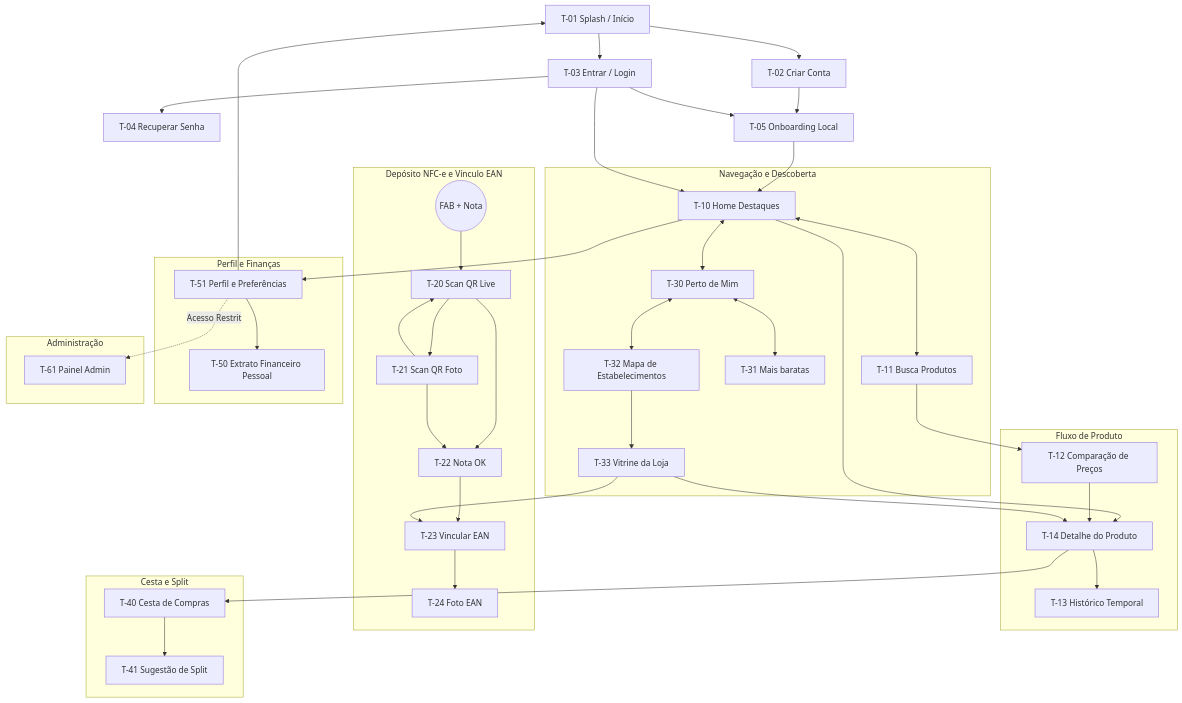
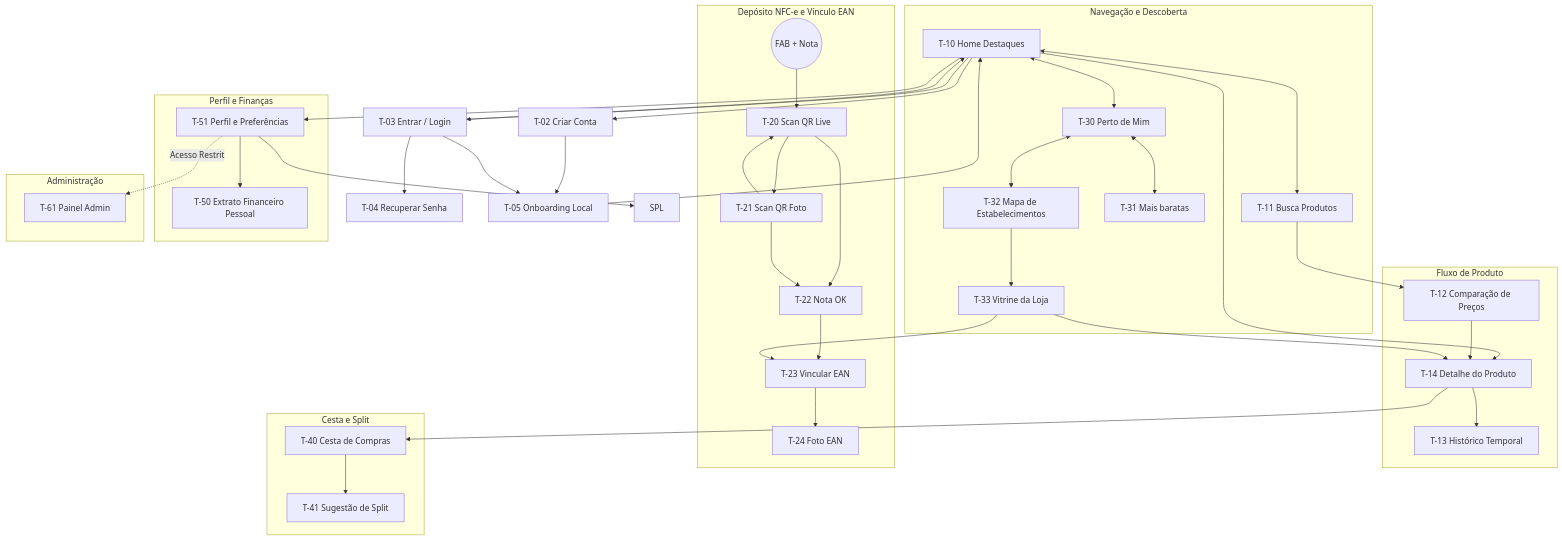
One commit to laerciogermano/workstation changed the ninth of 9 diagrams in e-notas/beta-docs/07-diagramas.md. Above: the diagram before and after it, drawn with Mermaid. The commit also changed 8 other files, not shown here.

Commit message:
Remove splash do protótipo Notinhas: entrada direta na home anônima.

````diff
--- a/e-notas/beta-docs/07-diagramas.md
+++ b/e-notas/beta-docs/07-diagramas.md
@@ -243,78 +243,79 @@
 ```mermaid
 flowchart TD
-  %% Telas de Acesso e Conta
-  SPL[T-01 Splash / Início] --> CAD[T-02 Criar Conta]
-  SPL --> LOG[T-03 Entrar / Login]
+  %% Entrada direta na home; conta só via Perfil
+  HOME[T-10 Home Destaques]
+  HOME --> CAD[T-02 Criar Conta]
+  HOME --> LOG[T-03 Entrar / Login]
   LOG --> REC[T-04 Recuperar Senha]
   CAD --> ONB[T-05 Onboarding Local]
   LOG --> ONB
-  ONB --> HOME[T-10 Home Destaques]
+  ONB --> HOME
   LOG --> HOME
 
   %% Abas e Descoberta Principal
   subgraph Principais [Navegação e Descoberta]
-    HOME[T-10 Home Destaques]
+    HOME
     BUS[T-11 Busca Produtos]
     PER[T-30 Perto de Mim]
     RNK[T-31 Mais baratas]
     MAP[T-32 Mapa de Estabelecimentos]
     VIT[T-33 Vitrine da Loja]
   end
 
   HOME <--> BUS
   HOME <--> PER
   PER <--> RNK
   PER <--> MAP
   MAP --> VIT
 
   %% Comparação e Produtos
   subgraph ProdutoFlow [Fluxo de Produto]
     CMP[T-12 Comparação de Preços]
     HIS[T-13 Histórico Temporal]
     DET[T-14 Detalhe do Produto]
   end
 
   HOME --> DET
   BUS --> CMP
   CMP --> DET
   DET --> HIS
   VIT --> DET
 
   %% Depósito e Vínculo de Notas (FAB)
   subgraph IngestaoFlow [Depósito NFC-e e Vínculo EAN]
     FAB((FAB + Nota)) --> SCL[T-20 Scan QR Live]
     SCL --> SCF[T-21 Scan QR Foto]
     SCF --> SCL
     SCL --> NOK[T-22 Nota OK]
     SCF --> NOK
     NOK --> EAN[T-23 Vincular EAN]
     VIT --> EAN
     EAN --> FTO[T-24 Foto EAN]
   end
 
   %% Cestas e Split
   subgraph CestaFlow [Cesta e Split]
     CES[T-40 Cesta de Compras]
     SPLIT[T-41 Sugestão de Split]
   end
 
   DET --> CES
   CES --> SPLIT
 
   %% Gestão Financeira e Perfil
   subgraph PerfilFlow [Perfil e Finanças]
     EXT[T-50 Extrato Financeiro Pessoal]
     PRF[T-51 Perfil e Preferências]
   end
 
   HOME --> PRF
   PRF --> EXT
   PRF --> SPL
 
   %% Backoffice
   subgraph AdminFlow [Administração]
     ADM[T-61 Painel Admin]
   end
 
   PRF -.Acesso Restrito.-> ADM
 ```
````
